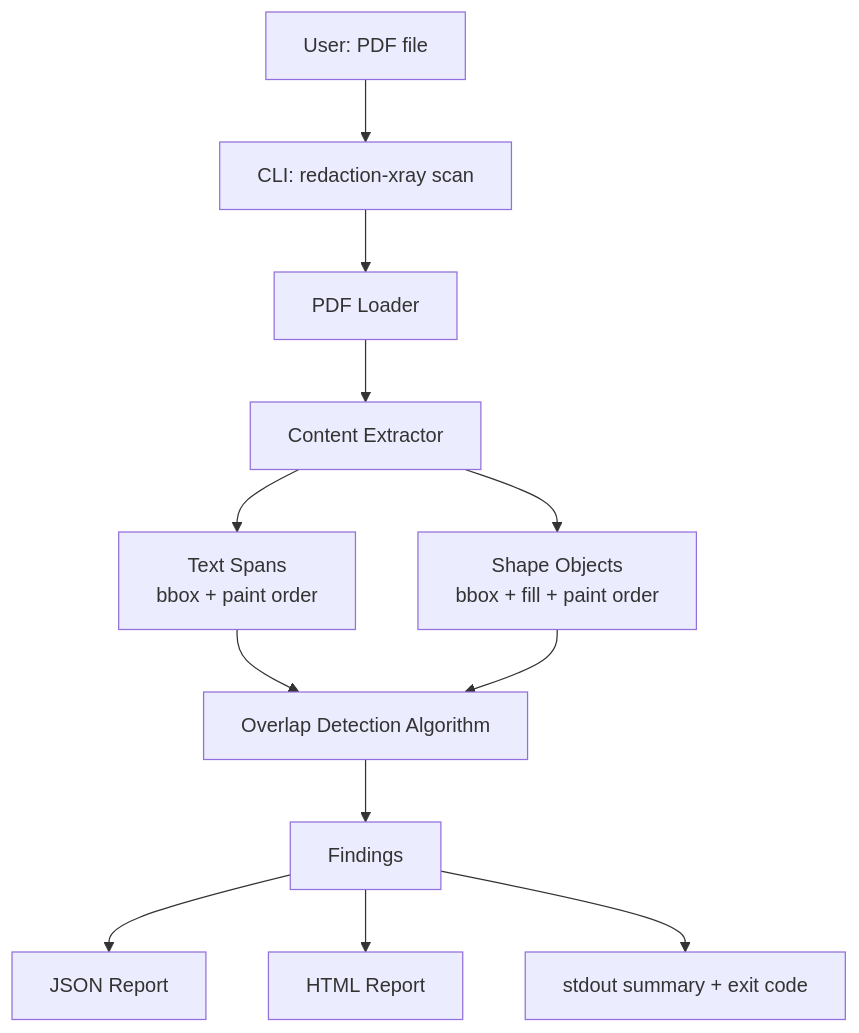
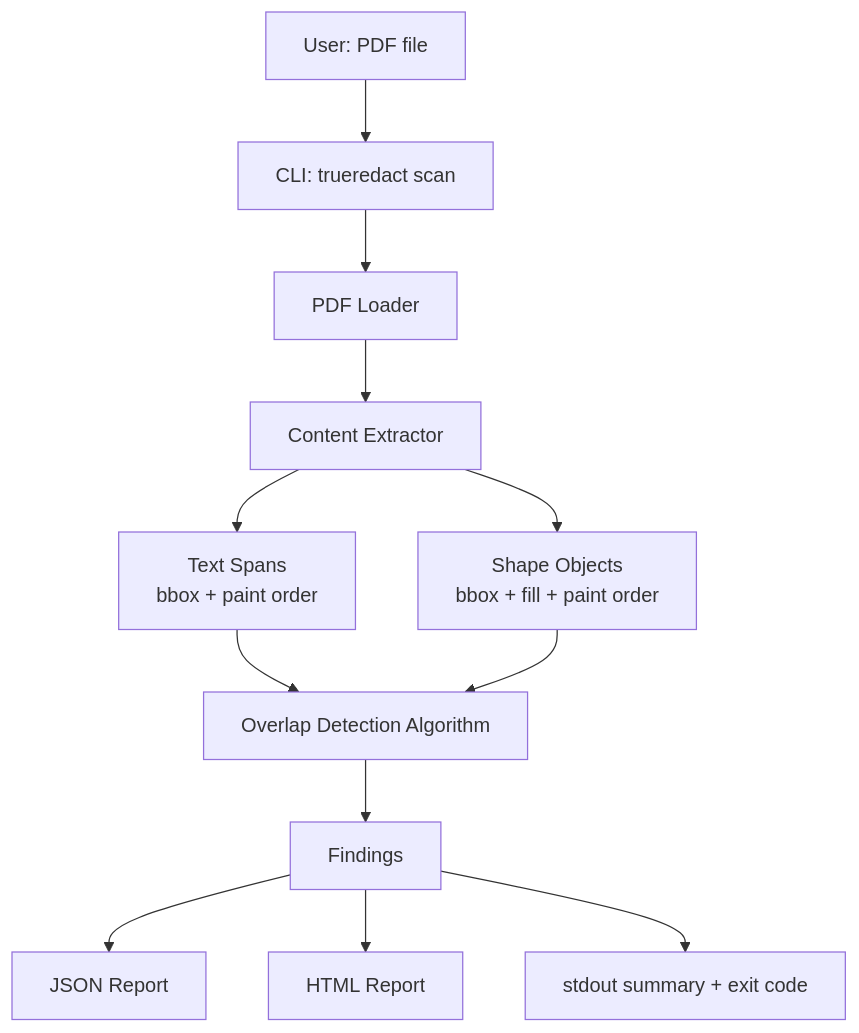
The diagram in docs/ARCHITECTURE.md (mithunveluru/trueredact), drawn with Mermaid before and after one commit. The commit also changed other lines of this file and 25 other files, not shown here.

````diff
--- a/docs/ARCHITECTURE.md
+++ b/docs/ARCHITECTURE.md
@@ -7,14 +7,14 @@
 ```mermaid
 flowchart TD
-    User[User: PDF file] --> CLI[CLI: redaction-xray scan]
+    User[User: PDF file] --> CLI[CLI: trueredact scan]
     CLI --> Loader[PDF Loader]
     Loader --> Extractor[Content Extractor]
     Extractor --> TextSpans[Text Spans<br/>bbox + paint order]
     Extractor --> ShapeObjects[Shape Objects<br/>bbox + fill + paint order]
     TextSpans --> Detector[Overlap Detection Algorithm]
     ShapeObjects --> Detector
     Detector --> Findings[Findings]
     Findings --> JSONReport[JSON Report]
     Findings --> HTMLReport[HTML Report]
     Findings --> StdoutReport[stdout summary + exit code]
 ```
````
